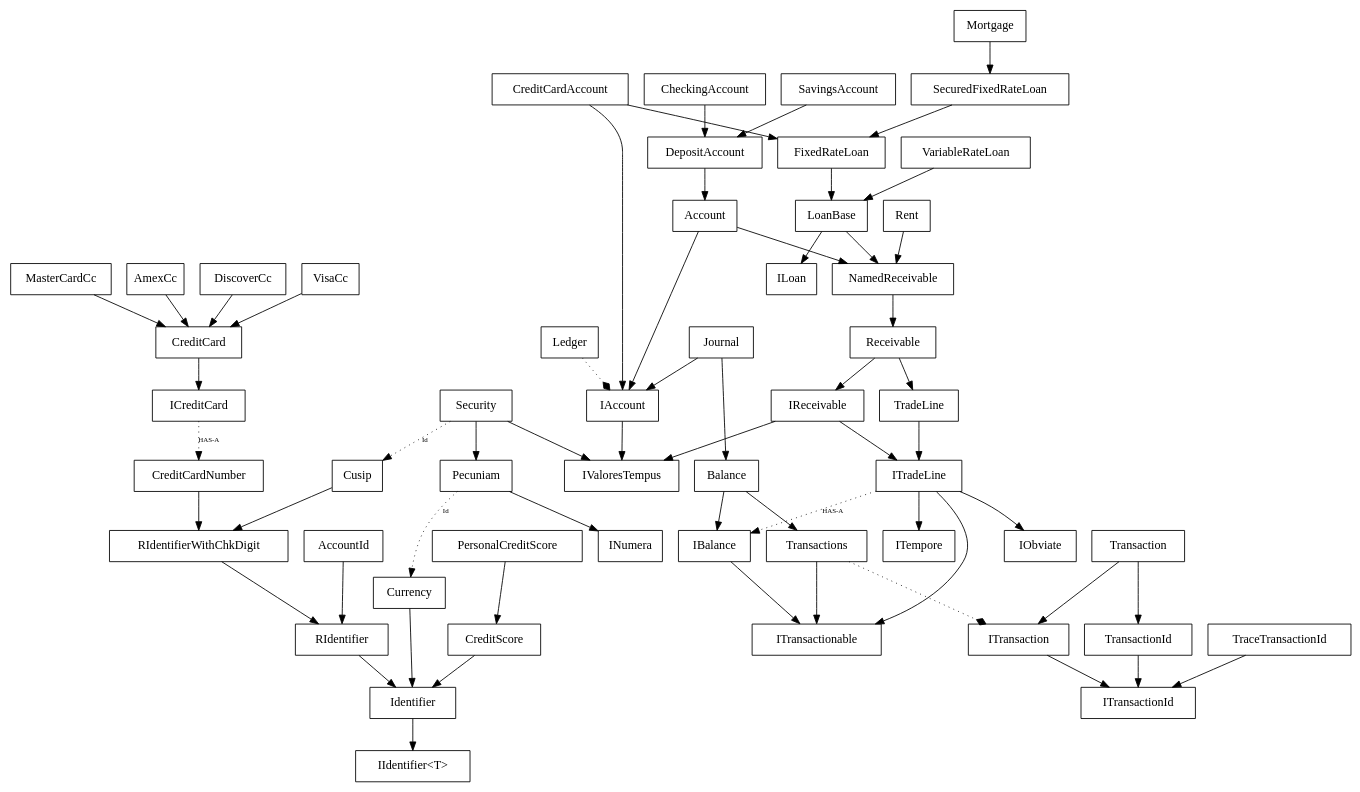
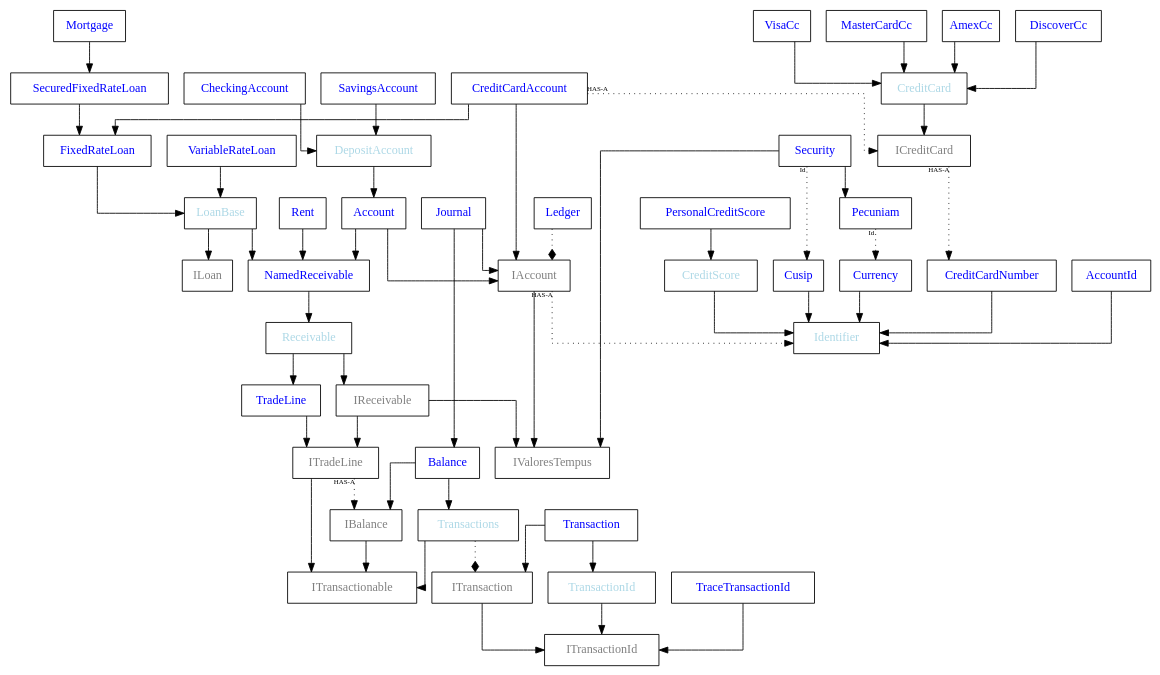
Before and after one commit to nofuture-git/31g: the diagram in trunk/Code/NoFuture/Rand/Sp/__ClassDiagram.gv, drawn with Graphviz. The commit also changed 2 other files, not shown here.

Commit message:
updated class diagram in Rand.Sp, made Rand.Sp.Transactions into an abstract type

```diff
--- a/trunk/Code/NoFuture/Rand/Sp/__ClassDiagram.gv
+++ b/trunk/Code/NoFuture/Rand/Sp/__ClassDiagram.gv
@@ -1,64 +1,79 @@
 digraph noFutureRandDataSp {
-    node [fontname=Consolas, shape=box]
+    node [fontname=Consolas, shape=box fontcolor="blue"]
+    graph [splines=ortho];
     
-    StringId [label="IIdentifier<T>"]
+    LoanBase [fontcolor="lightblue"]
+    CreditCard [fontcolor="lightblue"]
+    CreditScore [fontcolor="lightblue"]
+    ICreditCard [fontcolor="grey"]
+    IAccount [fontcolor="grey"]
+    IBalance [fontcolor="grey"]
+    ILoan [fontcolor="grey"]
+    IReceivable [fontcolor="grey"]
+    ITradeLine [fontcolor="grey"]
+    ITransaction [fontcolor="grey"]
+    ITransactionable [fontcolor="grey"]
+    ITransactionId [fontcolor="grey"]
+    IValoresTempus [fontcolor="grey"]
+    LoanBase [fontcolor="lightblue"]
+    Receivable [fontcolor="lightblue"]
+    TransactionId [fontcolor="lightblue"]
+    DepositAccount [fontcolor="lightblue"]
+    Identifier [fontcolor="lightblue"]
+    Transactions [fontcolor="lightblue"]
     
     Mortgage -> SecuredFixedRateLoan
     SecuredFixedRateLoan -> FixedRateLoan
     CreditCardAccount -> FixedRateLoan
     CreditCardAccount -> IAccount
+    CreditCardAccount -> ICreditCard [style="dotted" taillabel="HAS-A",fontname=Consolas, fontsize=8]
     FixedRateLoan -> LoanBase
     LoanBase -> NamedReceivable
     Rent -> NamedReceivable
     CheckingAccount -> DepositAccount
     SavingsAccount -> DepositAccount
     Account -> NamedReceivable
     Account -> IAccount
     DepositAccount -> Account
     Receivable -> IReceivable
     Receivable -> TradeLine
     IReceivable -> ITradeLine
     IReceivable -> IValoresTempus
     LoanBase -> ILoan
     TradeLine -> ITradeLine
-    ITradeLine -> ITempore
     ITradeLine -> ITransactionable
-    ITradeLine -> IObviate
     IAccount -> IValoresTempus
+    IAccount -> Identifier [style="dotted" taillabel="HAS-A",fontname=Consolas, fontsize=8]
     NamedReceivable -> Receivable
-    ITradeLine -> IBalance [style="dotted" label="HAS-A",fontname=Consolas, fontsize=8]
+    ITradeLine -> IBalance [style="dotted" taillabel="HAS-A",fontname=Consolas, fontsize=8]
     Balance -> IBalance
     Balance -> Transactions
     VariableRateLoan -> LoanBase
     Security -> IValoresTempus
     Security -> Pecuniam
-    Security -> Cusip [style="dotted", label="Id",fontname=Consolas, fontsize=8]
-    Cusip -> RIdentifierWithChkDigit
-    RIdentifierWithChkDigit -> RIdentifier
-    RIdentifier -> Identifier
-    Pecuniam -> Currency [style="dotted", label="Id",fontname=Consolas, fontsize=8]
+    Security -> Cusip [style="dotted", taillabel="Id",fontname=Consolas, fontsize=8]
+    Cusip -> Identifier
+    Pecuniam -> Currency [style="dotted", taillabel="Id",fontname=Consolas, fontsize=8]
     Currency -> Identifier
-    Pecuniam -> INumera
     CreditScore -> Identifier
     PersonalCreditScore -> CreditScore
-    CreditCardNumber -> RIdentifierWithChkDigit
+    CreditCardNumber -> Identifier
     VisaCc -> CreditCard
     MasterCardCc -> CreditCard
     AmexCc -> CreditCard
     DiscoverCc -> CreditCard
     CreditCard -> ICreditCard
-    ICreditCard -> CreditCardNumber [style="dotted" label="HAS-A",fontname=Consolas, fontsize=8]
-    Identifier -> StringId
+    ICreditCard -> CreditCardNumber [style="dotted" taillabel="HAS-A",fontname=Consolas, fontsize=8]
     IBalance -> ITransactionable
-    AccountId -> RIdentifier
+    AccountId -> Identifier
     Transactions -> ITransaction [style="dotted" arrowhead="diamond"]
     Transactions -> ITransactionable
     Transaction -> ITransaction
     Transaction -> TransactionId
     ITransaction -> ITransactionId
     TransactionId -> ITransactionId
     TraceTransactionId -> ITransactionId
     Journal -> Balance
     Journal -> IAccount
     Ledger -> IAccount [style="dotted" arrowhead="diamond"]
 }
```
